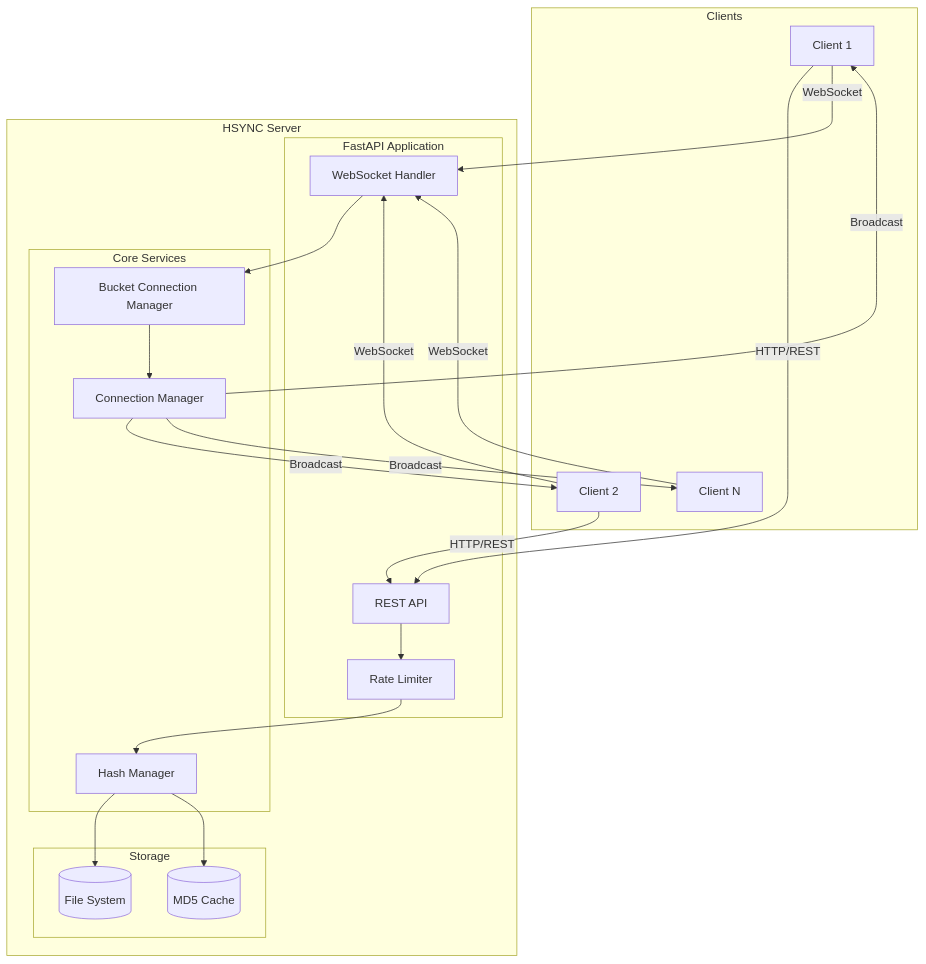
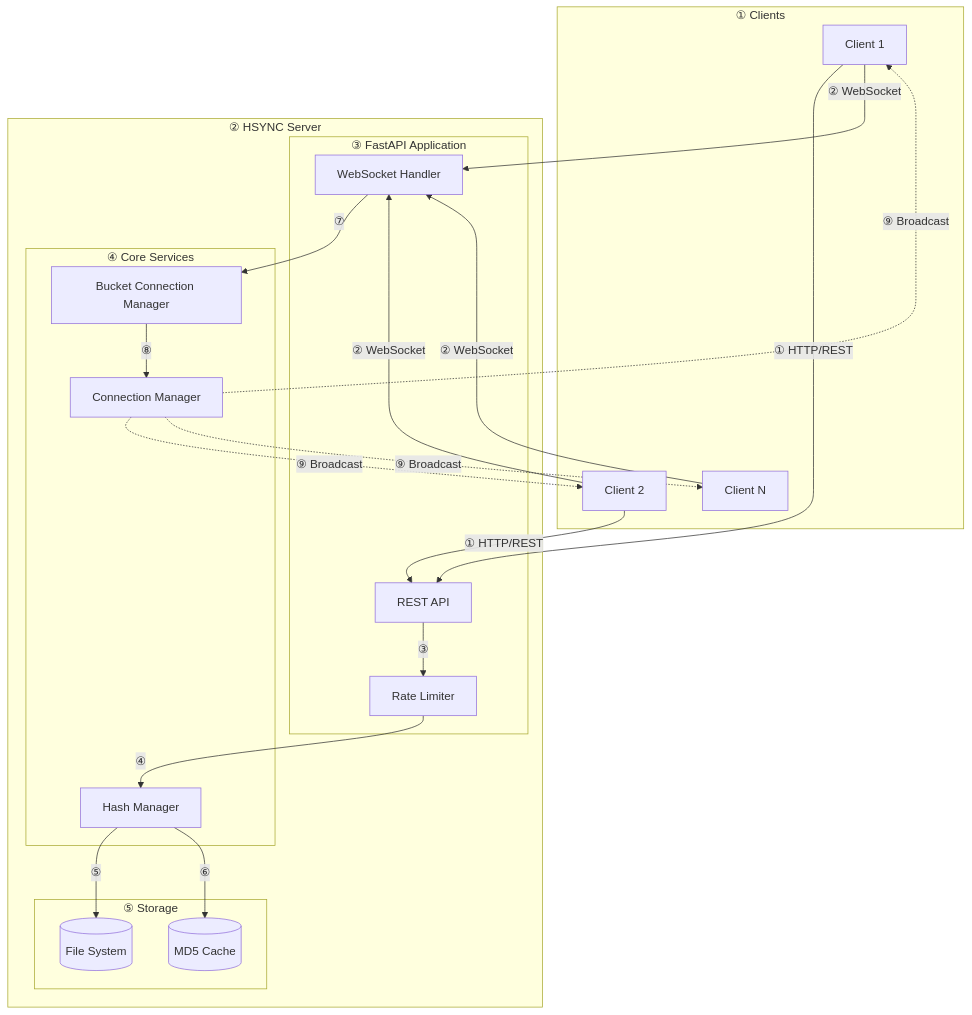
One commit to albertsdk/hsync-server changed the first of 4 diagrams in docs/architecture.md. Above: the diagram before and after it, drawn with Mermaid. The commit also changed other lines of this file and 17 other files, not shown here.

First line of the commit message:
Add numbered phases to documentation diagrams

````diff
--- a/docs/architecture.md
+++ b/docs/architecture.md
@@ -9,44 +9,44 @@
 ```mermaid
 graph TB
-    subgraph Clients
+    subgraph "① Clients"
         C1[Client 1]
         C2[Client 2]
         C3[Client N]
     end
 
-    subgraph "HSYNC Server"
-        subgraph "FastAPI Application"
+    subgraph "② HSYNC Server"
+        subgraph "③ FastAPI Application"
             REST[REST API]
             WS[WebSocket Handler]
             RL[Rate Limiter]
         end
-        
-        subgraph "Core Services"
+
+        subgraph "④ Core Services"
             CM[Connection Manager]
             BCM[Bucket Connection Manager]
             HM[Hash Manager]
         end
-        
-        subgraph "Storage"
+
+        subgraph "⑤ Storage"
             FS[(File System)]
             MD5[(MD5 Cache)]
         end
     end
 
-    C1 -->|HTTP/REST| REST
-    C2 -->|HTTP/REST| REST
-    C1 -->|WebSocket| WS
-    C2 -->|WebSocket| WS
-    C3 -->|WebSocket| WS
-    
-    REST --> RL
-    RL --> HM
-    HM --> FS
-    HM --> MD5
-    
-    WS --> BCM
-    BCM --> CM
-    CM -->|Broadcast| C1
-    CM -->|Broadcast| C2
-    CM -->|Broadcast| C3
+    C1 -->|"① HTTP/REST"| REST
+    C2 -->|"① HTTP/REST"| REST
+    C1 -->|"② WebSocket"| WS
+    C2 -->|"② WebSocket"| WS
+    C3 -->|"② WebSocket"| WS
+
+    REST -->|"③"| RL
+    RL -->|"④"| HM
+    HM -->|"⑤"| FS
+    HM -->|"⑥"| MD5
+
+    WS -->|"⑦"| BCM
+    BCM -->|"⑧"| CM
+    CM -.->|"⑨ Broadcast"| C1
+    CM -.->|"⑨ Broadcast"| C2
+    CM -.->|"⑨ Broadcast"| C3
 ```
````
